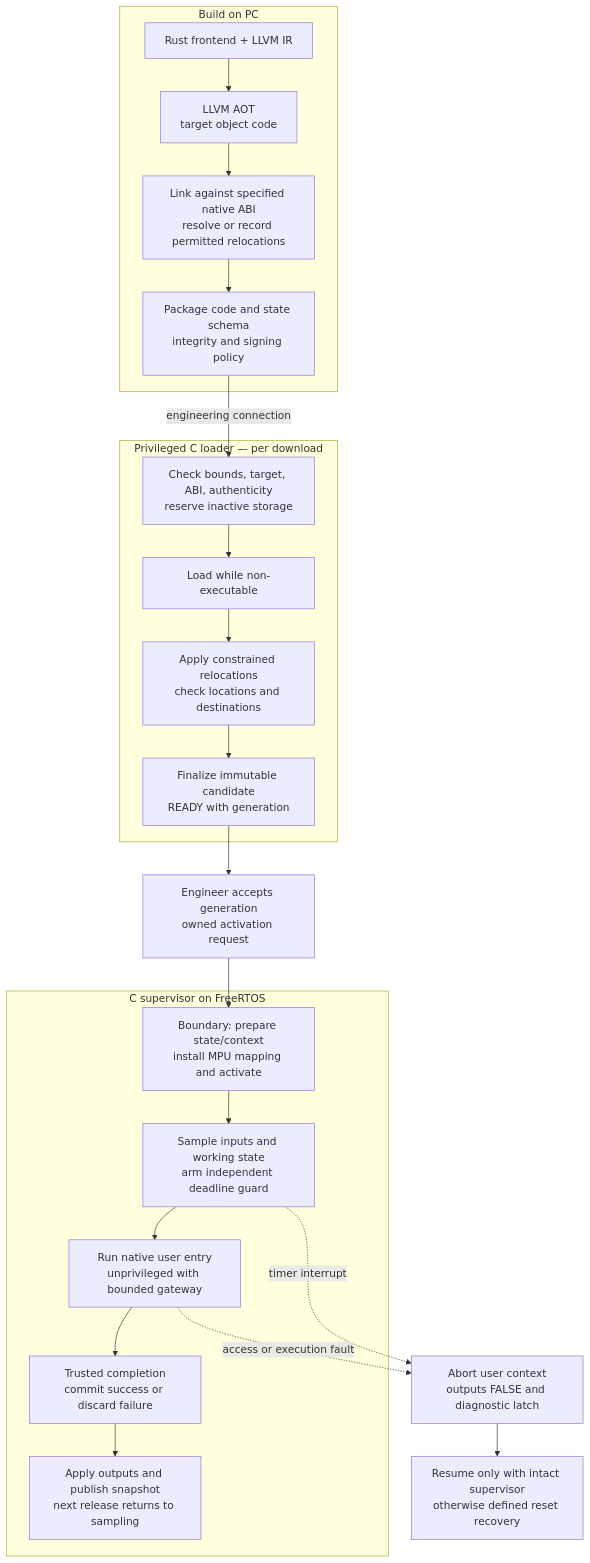
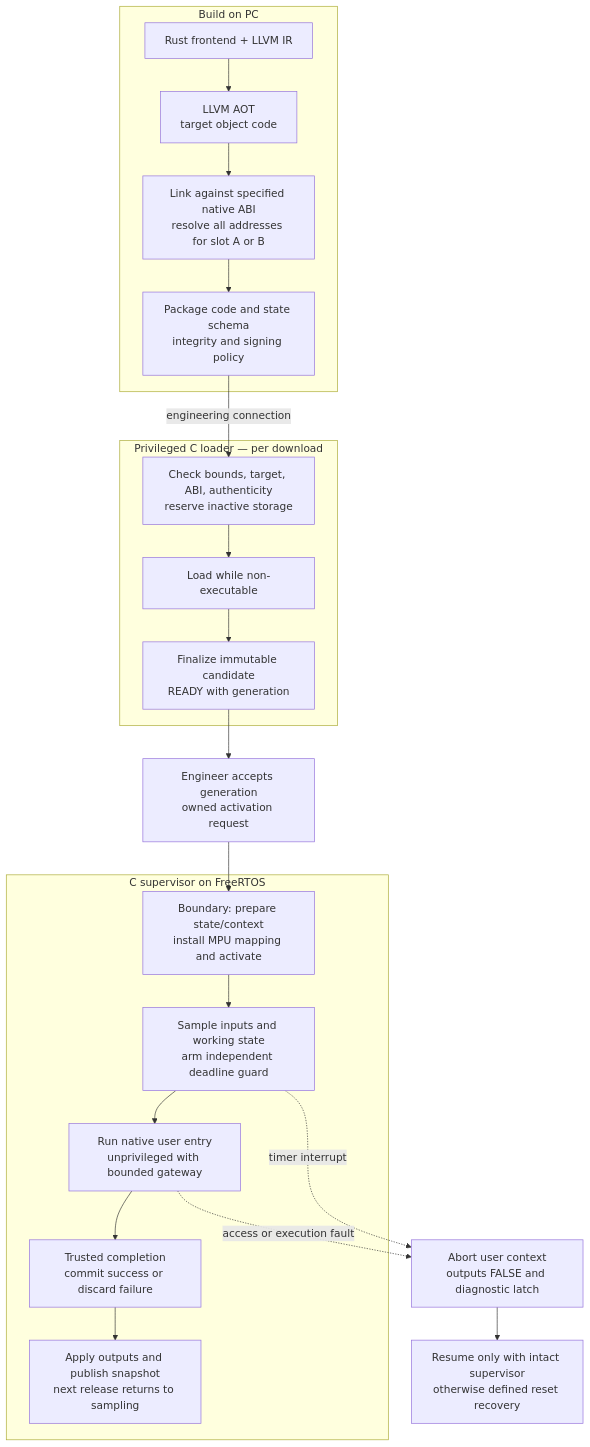
One commit to sergiogallegos/tinyplc changed the second of 2 diagrams in docs/native-roadmap.md. Above: the diagram before and after it, drawn with Mermaid. The commit also changed other lines of this file and 89 other files, not shown here.

````diff
--- a/docs/native-roadmap.md
+++ b/docs/native-roadmap.md
@@ -75,27 +76,26 @@
 ```mermaid
 flowchart TB
   subgraph PC["Build on PC"]
     Rust["Rust frontend + LLVM IR"] --> AOT["LLVM AOT<br/>target object code"]
-    AOT --> Link["Link against specified native ABI<br/>resolve or record permitted relocations"]
+    AOT --> Link["Link against specified native ABI<br/>resolve all addresses for slot A or B"]
     Link --> Package["Package code and state schema<br/>integrity and signing policy"]
   end
   Package -->|"engineering connection"| Validate
   subgraph Loader["Privileged C loader — per download"]
     Validate["Check bounds, target, ABI, authenticity<br/>reserve inactive storage"]
     Validate --> Copy["Load while non-executable"]
-    Copy --> Relocate["Apply constrained relocations<br/>check locations and destinations"]
-    Relocate --> Ready["Finalize immutable candidate<br/>READY with generation"]
+    Copy --> Ready["Finalize immutable candidate<br/>READY with generation"]
   end
   Ready --> Accept["Engineer accepts generation<br/>owned activation request"]
   subgraph Runtime["C supervisor on FreeRTOS"]
     Boundary["Boundary: prepare state/context<br/>install MPU mapping and activate"]
     Boundary --> Prepare["Sample inputs and working state<br/>arm independent deadline guard"]
     Prepare --> Execute["Run native user entry<br/>unprivileged with bounded gateway"]
     Execute --> Result["Trusted completion<br/>commit success or discard failure"]
     Result --> Observe["Apply outputs and publish snapshot<br/>next release returns to sampling"]
   end
   Accept --> Boundary
   Prepare -. "timer interrupt" .-> Fault["Abort user context<br/>outputs FALSE and diagnostic latch"]
   Execute -. "access or execution fault" .-> Fault
   Fault --> Recovery["Resume only with intact supervisor<br/>otherwise defined reset recovery"]
 ```
````
